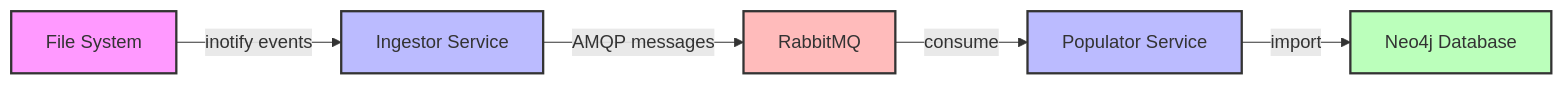
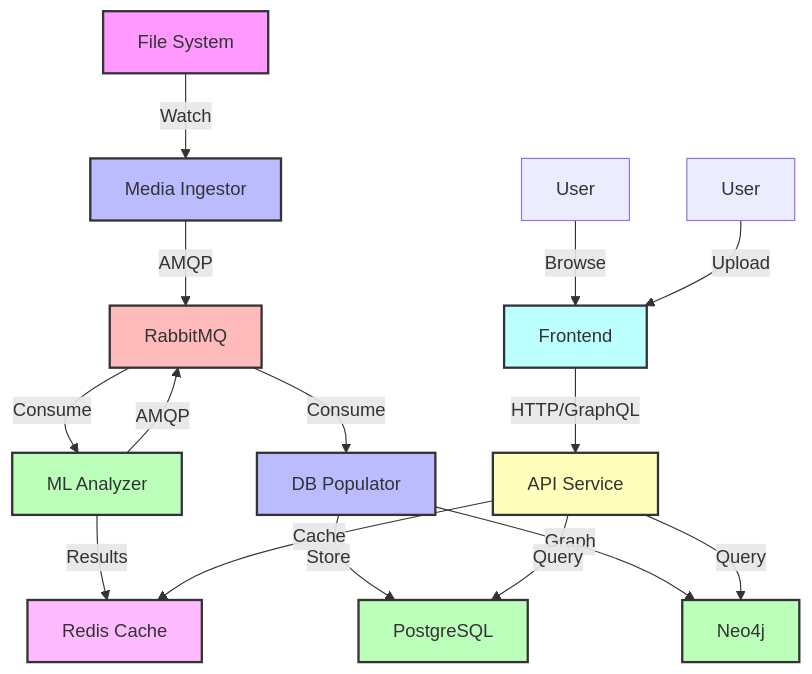
Before and after one commit to SimplicityGuy/apollonia: the diagram in docs/architecture/overview.md, drawn with Mermaid. The commit also changed other lines of this file and 31 other files, not shown here.

````diff
--- a/docs/architecture/overview.md
+++ b/docs/architecture/overview.md
@@ -8,13 +11,28 @@
 ```mermaid
-graph LR
-    A[File System] -->|inotify events| B[Ingestor Service]
-    B -->|AMQP messages| C[RabbitMQ]
-    C -->|consume| D[Populator Service]
-    D -->|import| E[Neo4j Database]
+graph TD
+    A[File System] -->|Watch| B[Media Ingestor]
+    B -->|AMQP| C[RabbitMQ]
+    C -->|Consume| D[ML Analyzer]
+    C -->|Consume| E[DB Populator]
+    D -->|Results| F[Redis Cache]
+    D -->|AMQP| C
+    E -->|Store| G[PostgreSQL]
+    E -->|Graph| H[Neo4j]
+    I[API Service] -->|Query| G
+    I -->|Query| H
+    I -->|Cache| F
+    J[Frontend] -->|HTTP/GraphQL| I
+    K[User] -->|Browse| J
+    L[User] -->|Upload| J
 
     style A fill:#f9f,stroke:#333,stroke-width:2px
     style B fill:#bbf,stroke:#333,stroke-width:2px
     style C fill:#fbb,stroke:#333,stroke-width:2px
-    style D fill:#bbf,stroke:#333,stroke-width:2px
-    style E fill:#bfb,stroke:#333,stroke-width:2px
+    style D fill:#bfb,stroke:#333,stroke-width:2px
+    style E fill:#bbf,stroke:#333,stroke-width:2px
+    style F fill:#fbf,stroke:#333,stroke-width:2px
+    style G fill:#bfb,stroke:#333,stroke-width:2px
+    style H fill:#bfb,stroke:#333,stroke-width:2px
+    style I fill:#ffb,stroke:#333,stroke-width:2px
+    style J fill:#bff,stroke:#333,stroke-width:2px
 ```
````
